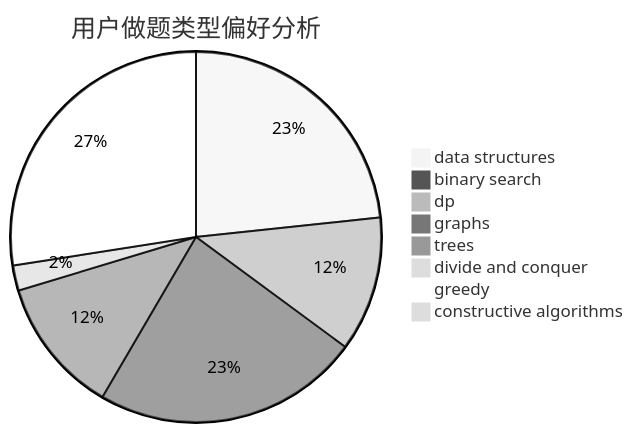
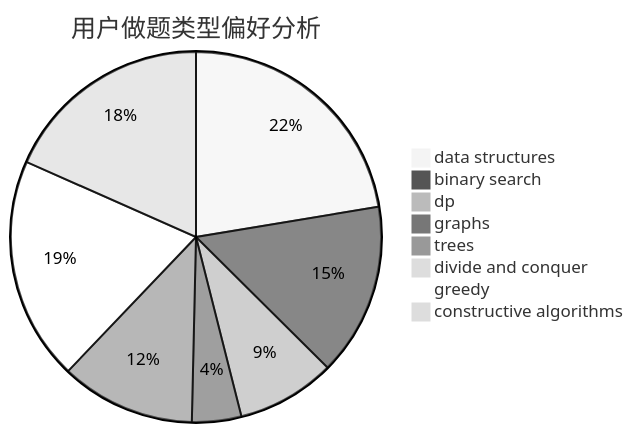
The second of 3 diagrams in docs/user/u678.md (sherpahu/cfrs.github.io), drawn with Mermaid (neutral theme) before and after one commit. The commit also changed other lines of this file and 2770 other files, not shown here.

````diff
--- a/docs/user/u678.md
+++ b/docs/user/u678.md
@@ -23,11 +23,11 @@
 ```mermaid
 pie title 用户做题类型偏好分析
-    "data structures" :  180
-    "binary search" :  7
-    "dp" :  91
-    "graphs" :  180
-    "trees" :  92
-    "divide and conquer" :  17
-    "greedy" :  212
-    "constructive algorithms" :  7
+    "data structures" :  156
+    "binary search" :  105
+    "dp" :  60
+    "graphs" :  30
+    "trees" :  82
+    "divide and conquer" :  1
+    "greedy" :  136
+    "constructive algorithms" :  128
 ```
````
